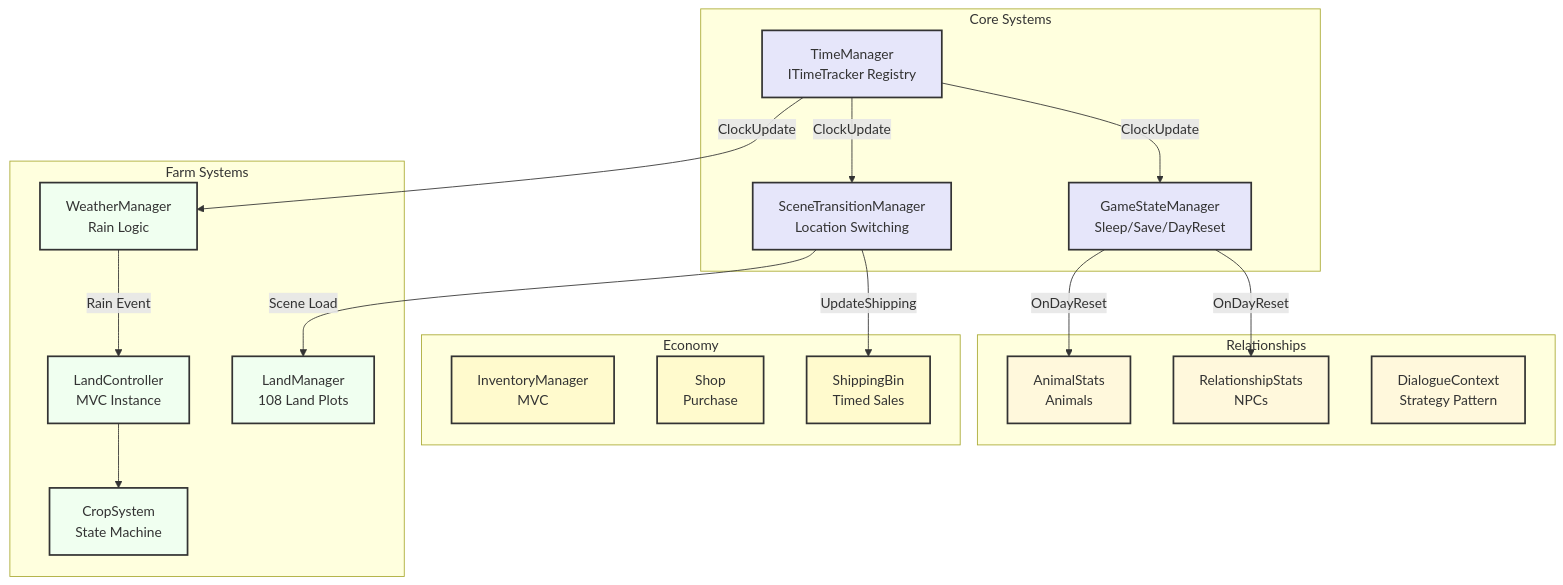
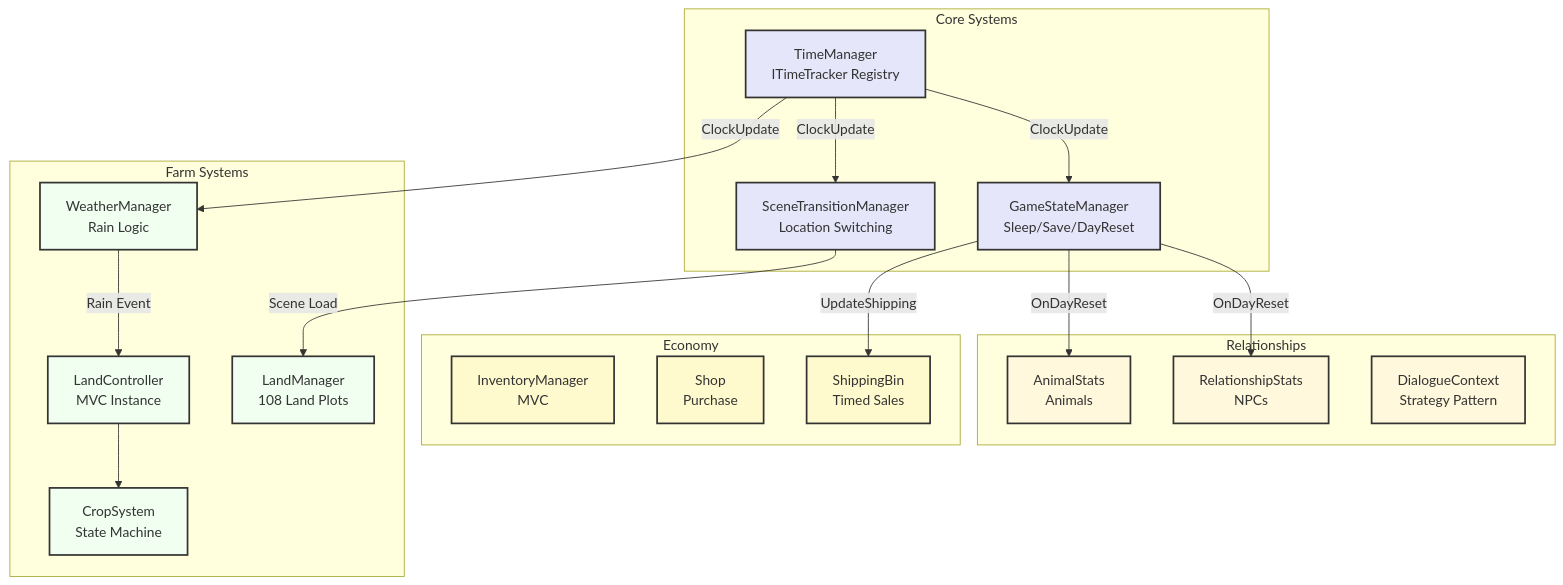
The diagram in README.md (Sayan11071998/Blossom-Valley), drawn with Mermaid before and after one commit.

````diff
--- a/README.md
+++ b/README.md
@@ -15,49 +15,49 @@
 ```mermaid
 flowchart TD
     subgraph CoreSystems["Core Systems"]
         TimeManager["TimeManager<br/>ITimeTracker Registry"]
         GameStateManager["GameStateManager<br/>Sleep/Save/DayReset"]
         SceneTransitionManager["SceneTransitionManager<br/>Location Switching"]
         
         TimeManager -->|ClockUpdate| GameStateManager
         TimeManager -->|ClockUpdate| SceneTransitionManager
     end
     
     subgraph Relationships["Relationships"]
         RelationshipStats["RelationshipStats<br/>NPCs"]
         AnimalStats["AnimalStats<br/>Animals"]
         DialogueContext["DialogueContext<br/>Strategy Pattern"]
     end
     
     subgraph Economy["Economy"]
         InventoryManager["InventoryManager<br/>MVC"]
         Shop["Shop<br/>Purchase"]
         ShippingBin["ShippingBin<br/>Timed Sales"]
     end
     
     subgraph FarmSystems["Farm Systems"]
         WeatherManager["WeatherManager<br/>Rain Logic"]
         LandManager["LandManager<br/>108 Land Plots"]
         LandController["LandController<br/>MVC Instance"]
         CropSystem["CropSystem<br/>State Machine"]
         
         TimeManager -->|ClockUpdate| WeatherManager
         WeatherManager -->|Rain Event| LandController
         LandController --> CropSystem
     end
     
     GameStateManager -->|OnDayReset| RelationshipStats
     GameStateManager -->|OnDayReset| AnimalStats
-    SceneTransitionManager -->|UpdateShipping| ShippingBin
+    GameStateManager -->|UpdateShipping| ShippingBin
     SceneTransitionManager -->|Scene Load| LandManager
     
     classDef coreStyle fill:#E6E6FA,stroke:#333,stroke-width:2px
     classDef relationshipStyle fill:#FFF8DC,stroke:#333,stroke-width:2px
     classDef economyStyle fill:#FFFACD,stroke:#333,stroke-width:2px
     classDef farmStyle fill:#F0FFF0,stroke:#333,stroke-width:2px
     
     class TimeManager,GameStateManager,SceneTransitionManager coreStyle
     class RelationshipStats,AnimalStats,DialogueContext relationshipStyle
     class InventoryManager,Shop,ShippingBin economyStyle
     class WeatherManager,LandManager,LandController,CropSystem farmStyle
 ```
````
